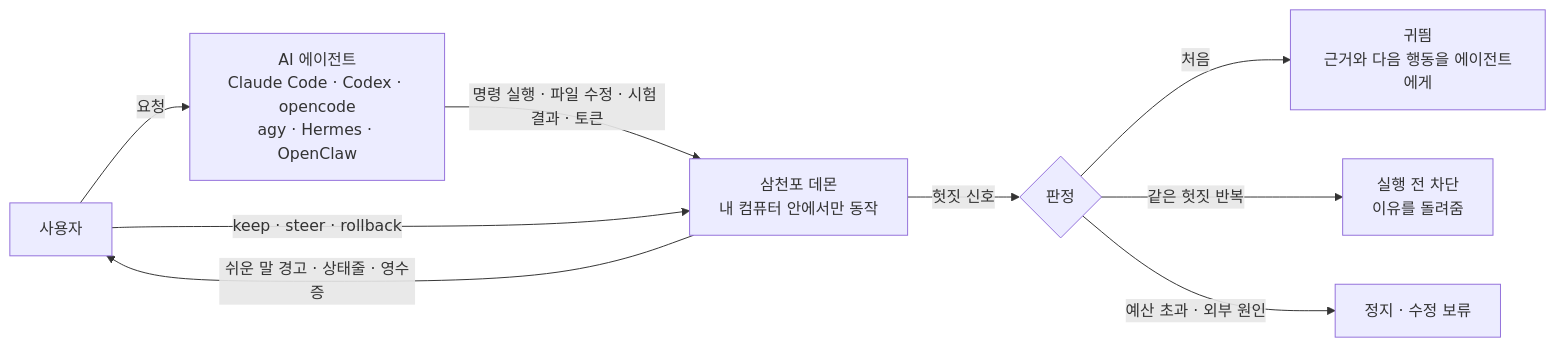
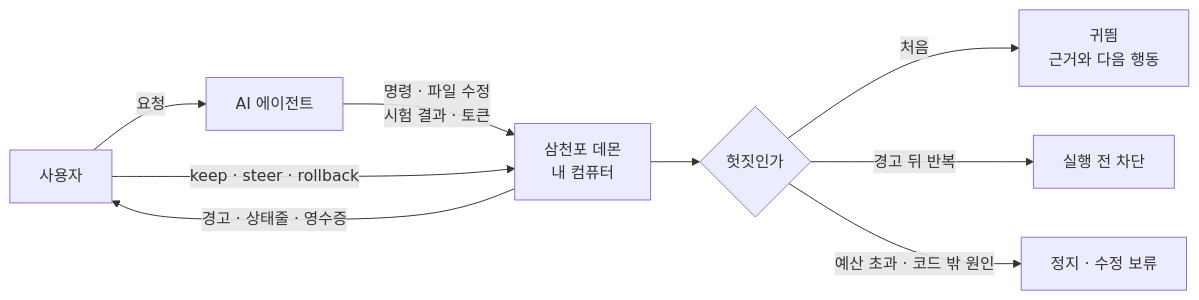
The first of 3 diagrams in README.md (JinHo-von-Choi/anti-samcheonpo), drawn with Mermaid before and after one commit. The commit also changed other lines of this file and 4 other files, not shown here.

````diff
--- a/README.md
+++ b/README.md
@@ -36,11 +36,11 @@
 ```mermaid
 flowchart LR
-    U[사용자] -->|요청| A[AI 에이전트<br/>Claude Code · Codex · opencode<br/>agy · Hermes · OpenClaw]
-    A -->|명령 실행 · 파일 수정 · 시험 결과 · 토큰| H[삼천포 데몬<br/>내 컴퓨터 안에서만 동작]
-    H -->|헛짓 신호| J{판정}
-    J -->|처음| N[귀띔<br/>근거와 다음 행동을 에이전트에게]
-    J -->|같은 헛짓 반복| B[실행 전 차단<br/>이유를 돌려줌]
-    J -->|예산 초과 · 외부 원인| S[정지 · 수정 보류]
-    H -->|쉬운 말 경고 · 상태줄 · 영수증| U
+    U[사용자] -->|요청| A[AI 에이전트]
+    A -->|명령 · 파일 수정<br/>시험 결과 · 토큰| H[삼천포 데몬<br/>내 컴퓨터]
+    H --> J{헛짓인가}
+    J -->|처음| N[귀띔<br/>근거와 다음 행동]
+    J -->|경고 뒤 반복| B[실행 전 차단]
+    J -->|예산 초과 · 코드 밖 원인| S[정지 · 수정 보류]
+    H -->|경고 · 상태줄 · 영수증| U
     U -->|keep · steer · rollback| H
 ```
````
